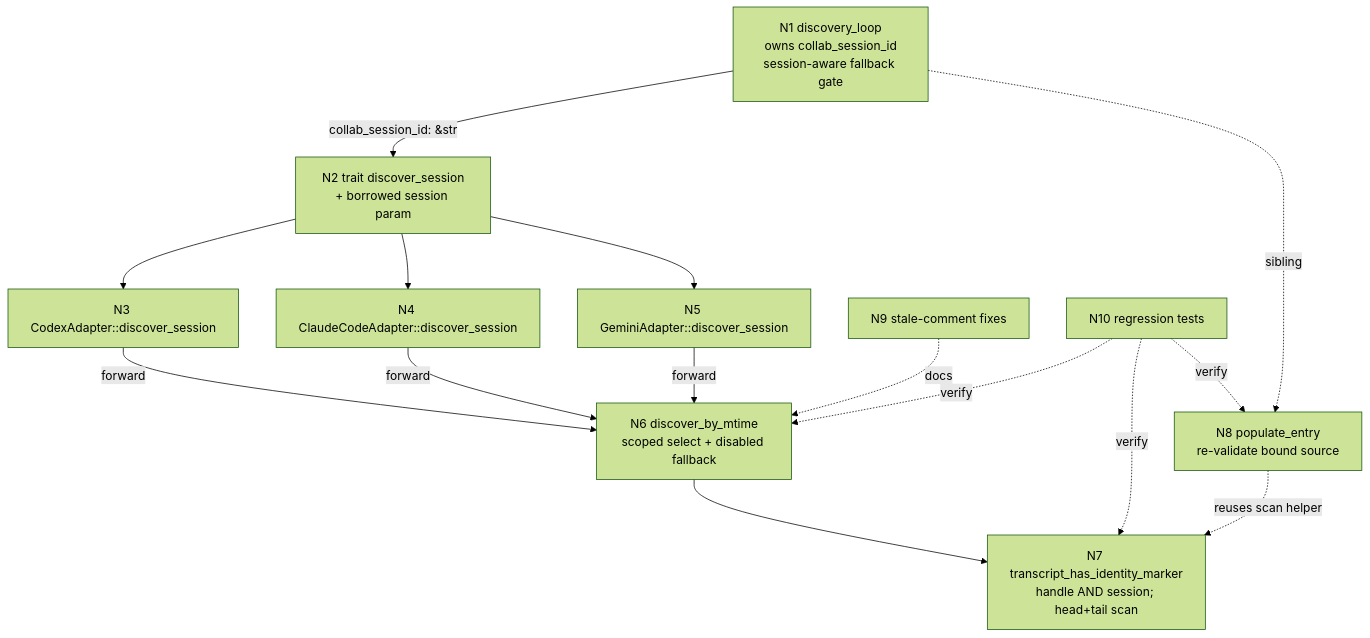
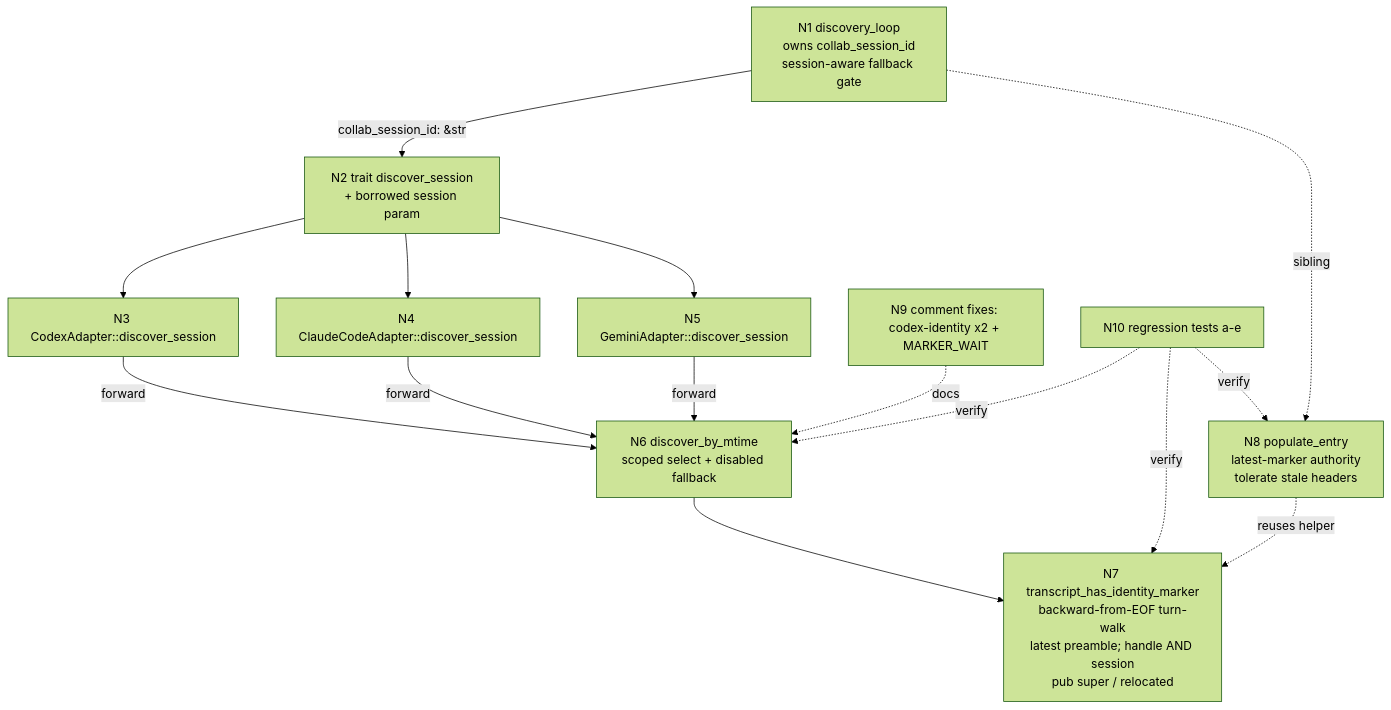
The diagram in plan.mmd (yes506/canvas-terminal), drawn with Mermaid (forest theme) before and after one commit. The commit also changed 1 other file, not shown here.

Commit message:
docs(planner): revise N7/N8 per plan-review round (latest-preamble authority, backward-from-EOF walk)

```diff
--- a/plan.mmd
+++ b/plan.mmd
@@ -1,15 +1,15 @@
 graph TD
     N1[N1 discovery_loop<br/>owns collab_session_id<br/>session-aware fallback gate] -->|collab_session_id: &str| N2[N2 trait discover_session<br/>+ borrowed session param]
     N2 --> N3[N3 CodexAdapter::discover_session]
     N2 --> N4[N4 ClaudeCodeAdapter::discover_session]
     N2 --> N5[N5 GeminiAdapter::discover_session]
     N3 -->|forward| N6[N6 discover_by_mtime<br/>scoped select + disabled fallback]
     N4 -->|forward| N6
     N5 -->|forward| N6
-    N6 --> N7[N7 transcript_has_identity_marker<br/>handle AND session; head+tail scan]
-    N1 -.sibling.-> N8[N8 populate_entry<br/>re-validate bound source]
-    N8 -.reuses scan helper.-> N7
-    N9[N9 stale-comment fixes] -.docs.-> N6
-    N10[N10 regression tests] -.verify.-> N6
+    N6 --> N7[N7 transcript_has_identity_marker<br/>backward-from-EOF turn-walk<br/>latest preamble; handle AND session<br/>pub super / relocated]
+    N1 -.sibling.-> N8[N8 populate_entry<br/>latest-marker authority<br/>tolerate stale headers]
+    N8 -.reuses helper.-> N7
+    N9[N9 comment fixes: codex-identity x2 + MARKER_WAIT] -.docs.-> N6
+    N10[N10 regression tests a-e] -.verify.-> N6
     N10 -.verify.-> N7
     N10 -.verify.-> N8
```
